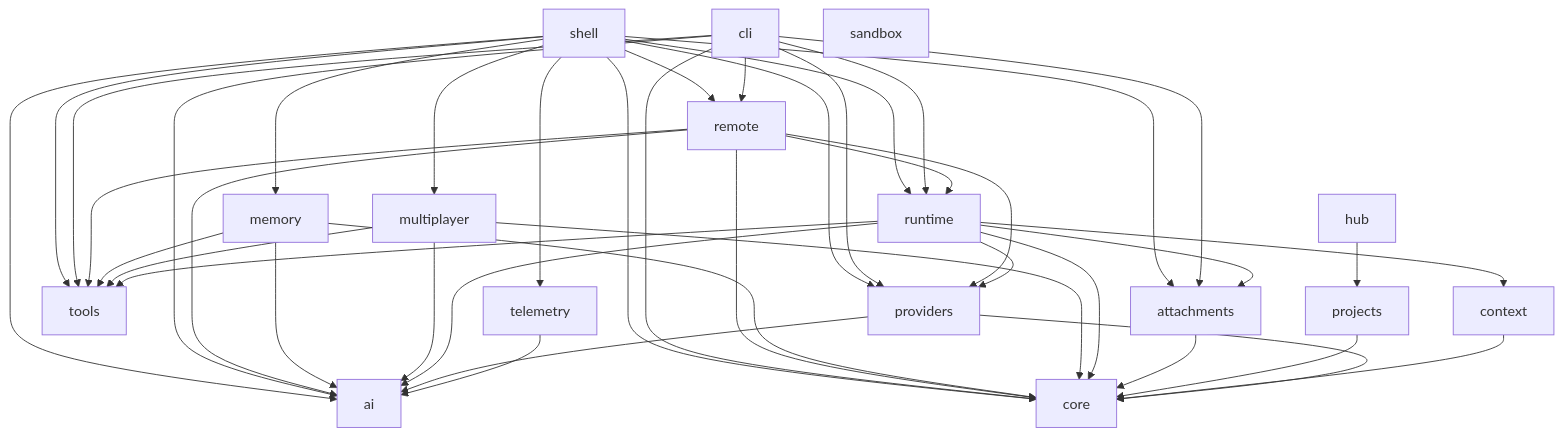
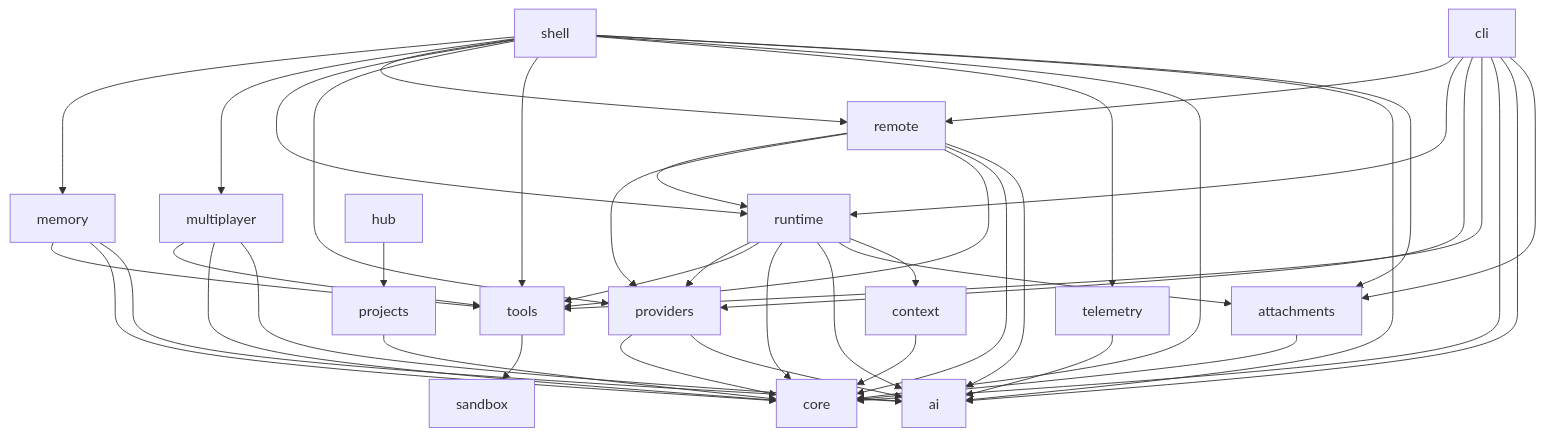
The diagram in docs/architecture.md (v3dqnt/Vivianne-Rust), drawn with Mermaid before and after one commit. The commit also changed 28 other files, not shown here.

````diff
--- a/docs/architecture.md
+++ b/docs/architecture.md
@@ -47,19 +47,19 @@
 ```mermaid
 graph TD
   shell --> memory & multiplayer & remote & runtime & providers & tools & telemetry & core & ai & attachments
   cli --> remote & runtime & providers & tools & core & ai & attachments
   remote --> runtime & providers & tools & core & ai
   memory --> tools & core & ai
   multiplayer --> tools & core & ai
   runtime --> providers & tools & core & ai & attachments & context
   attachments --> core
   projects --> core
   hub --> projects
-  sandbox
+  tools --> sandbox
   context --> core
   providers --> core & ai
   telemetry --> ai
   tools
   core
   ai
 ```
````
